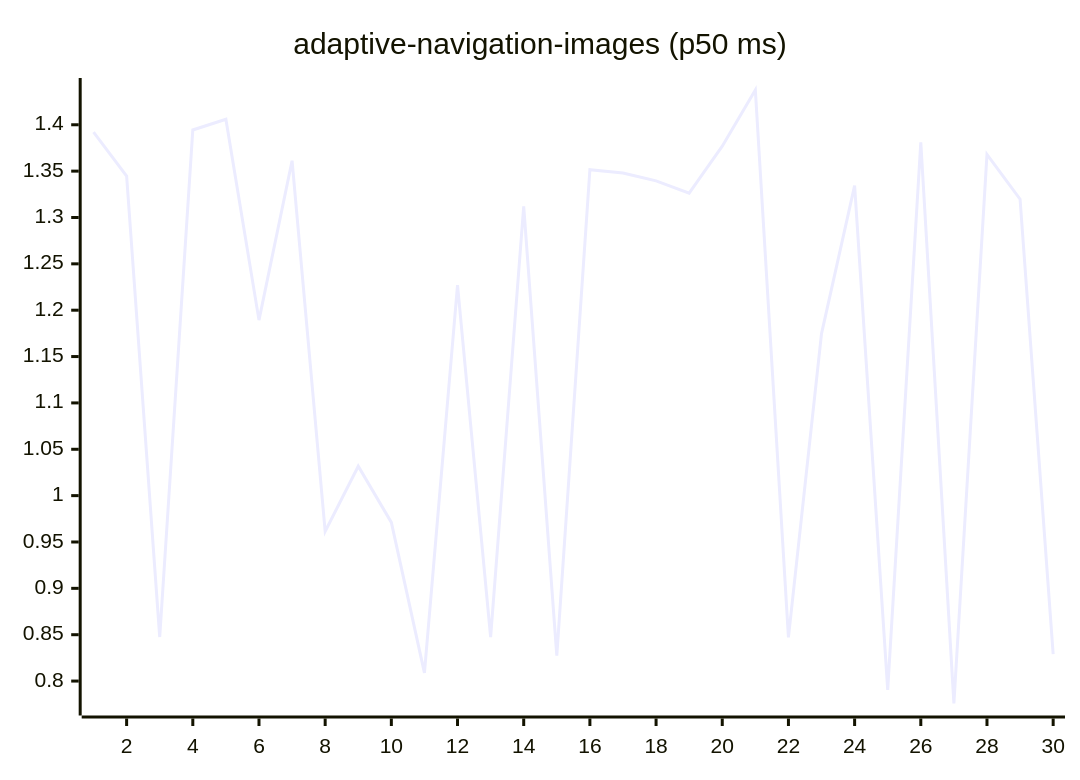
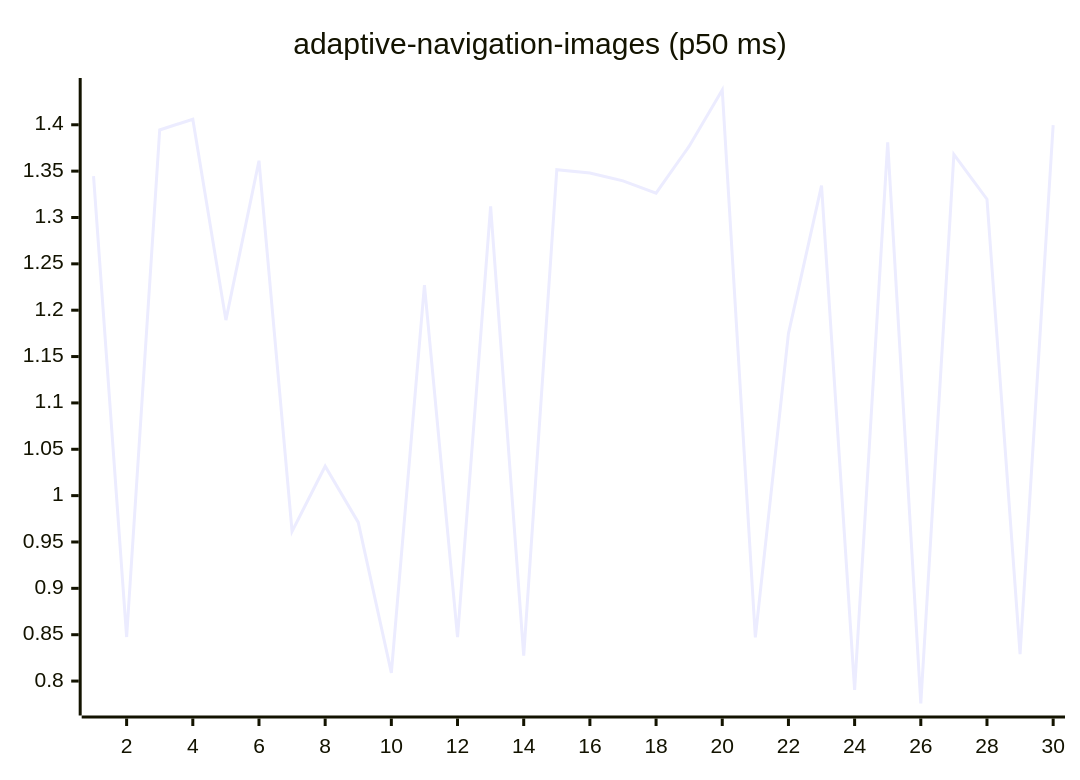
One commit to josha/Facet changed the first of 27 diagrams in README.md. Above: the diagram before and after it, drawn with Mermaid. The commit also changed other lines of this file and 2 other files, not shown here.

````diff
--- a/README.md
+++ b/README.md
@@ -63,6 +63,6 @@
 ```mermaid
 xychart-beta
     title "adaptive-navigation-images (p50 ms)"
     x-axis 1 --> 30
-    line [1.3921, 1.3447, 0.8475, 1.3944, 1.4060, 1.1893, 1.3612, 0.9615, 1.0317, 0.9711, 0.8088, 1.2271, 0.8473, 1.3121, 0.8274, 1.3515, 1.3479, 1.3395, 1.3263, 1.3769, 1.4375, 0.8471, 1.1748, 1.3343, 0.7905, 1.3810, 0.7758, 1.3680, 1.3197, 0.8291]
+    line [1.3447, 0.8475, 1.3944, 1.4060, 1.1893, 1.3612, 0.9615, 1.0317, 0.9711, 0.8088, 1.2271, 0.8473, 1.3121, 0.8274, 1.3515, 1.3479, 1.3395, 1.3263, 1.3769, 1.4375, 0.8471, 1.1748, 1.3343, 0.7905, 1.3810, 0.7758, 1.3680, 1.3197, 0.8291, 1.3996]
 ```
````
